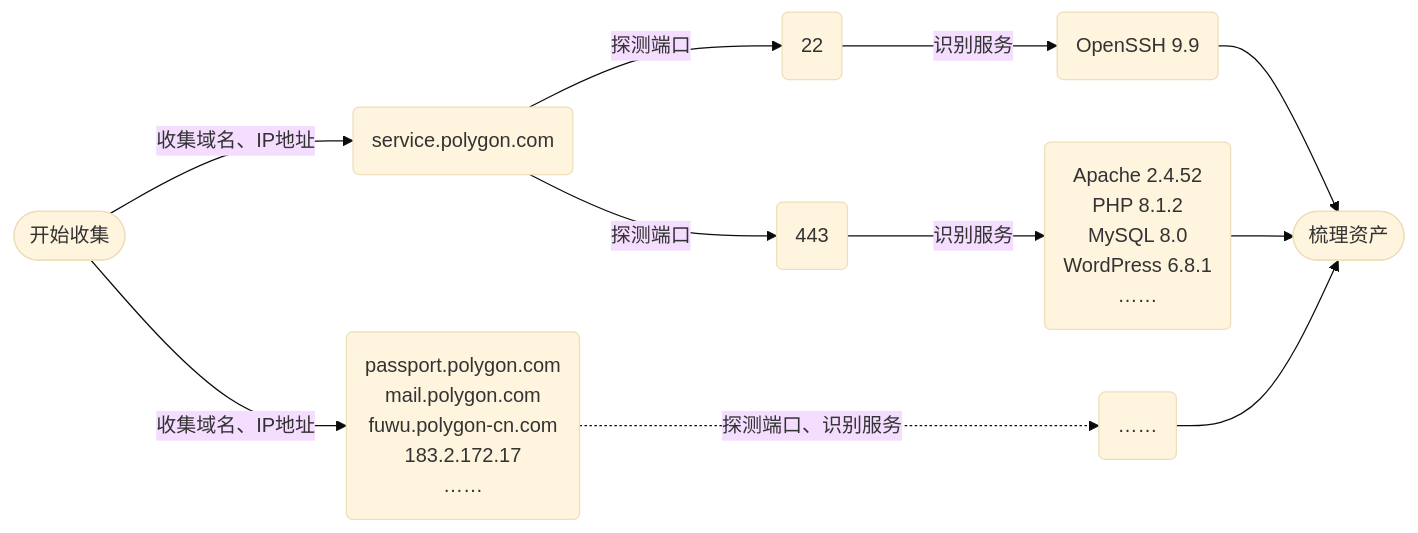
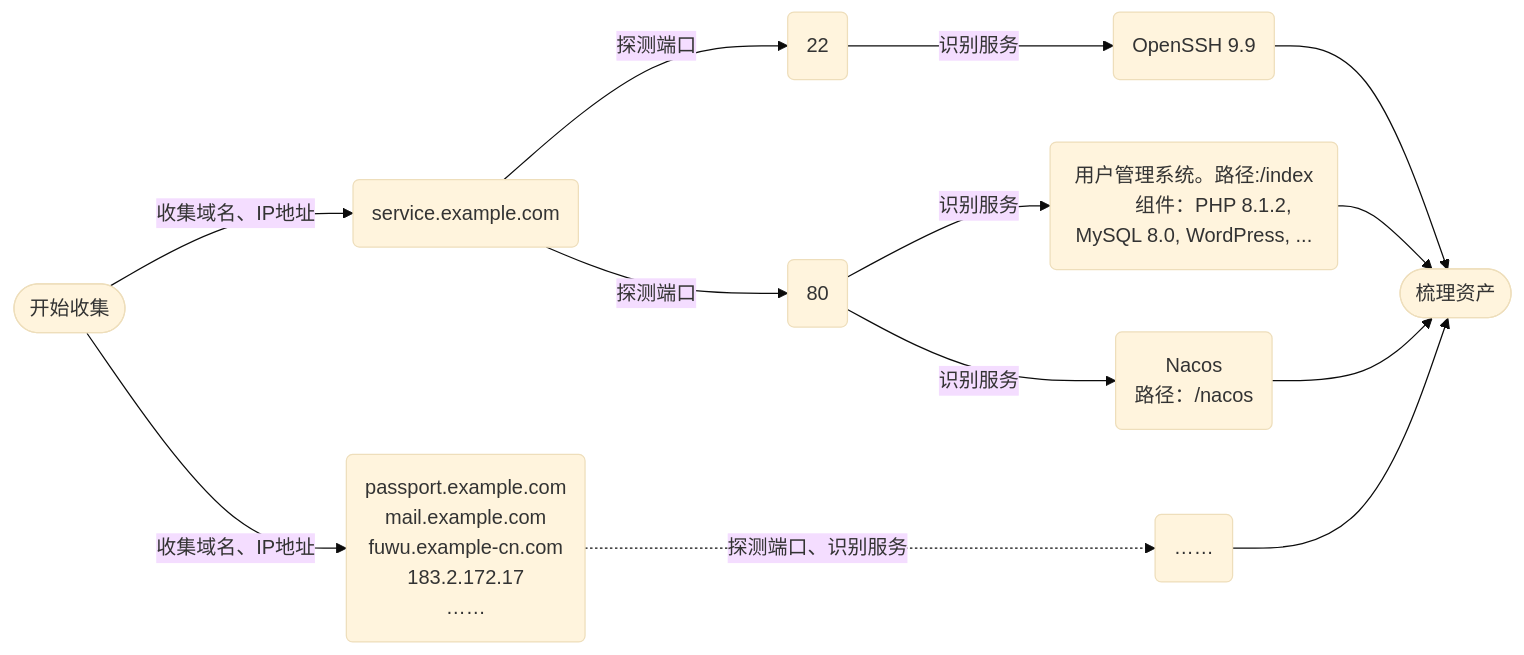
One commit to chensk1999/note changed the diagram in pen/penetration.md. Above: the diagram before and after it, drawn with Mermaid (base theme). The commit also changed other lines of this file and 5 other files, not shown here.

````diff
--- a/pen/penetration.md
+++ b/pen/penetration.md
@@ -7,29 +7,30 @@
 ```mermaid
 graph LR
     begin([开始收集])
 
     %% 域名、IP
-    begin -->|收集域名、IP地址| d1(service.polygon.com) & d2("
-        passport.polygon.com
-        mail.polygon.com
-        fuwu.polygon-cn.com
+    begin -->|收集域名、IP地址| d1(service.example.com) & d2("
+        passport.example.com
+        mail.example.com
+        fuwu.example-cn.com
         183.2.172.17
         ……
     ")
 
     %% 端口、服务
-    d1 -->|探测端口| ssh(22) & http(443)
+    d1 -->|探测端口| ssh(22) & http(80)
     ssh -->|识别服务| ssh_detail(OpenSSH 9.9)
     http -->|识别服务| http_detail("
-        Apache 2.4.52
-        PHP 8.1.2
-        MySQL 8.0
-        WordPress 6.8.1
-        ……
+        用户管理系统。路径:/index
+        组件：PHP 8.1.2, MySQL 8.0, WordPress, ...
+    ")
+    http -->|识别服务| http_detail2("
+        Nacos
+        路径：/nacos
     ")
     d2 -..->|探测端口、识别服务| d2service(……)
 
     %% 梳理资产
     fin([梳理资产])
-    ssh_detail & http_detail & d2service --> fin
+    ssh_detail & http_detail & http_detail2 & d2service --> fin
 ```
````
